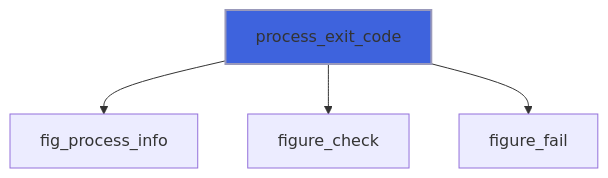
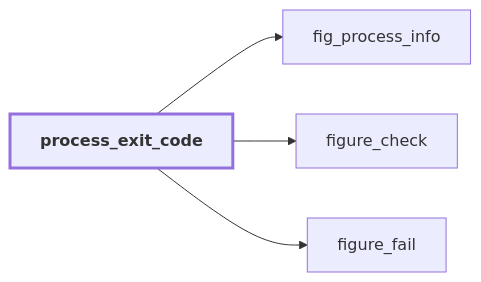
Diagram 13 of 16 in docs/api/src/lib/figure_process.md (szaghi/figure), drawn with Mermaid before and after one commit. The commit also changed other lines of this file and 54 other files, not shown here.

````diff
--- a/docs/api/src/lib/figure_process.md
+++ b/docs/api/src/lib/figure_process.md
@@ -512,7 +571,11 @@
 ```mermaid
-flowchart TD
+flowchart LR
   process_exit_code["process_exit_code"] --> fig_process_info["fig_process_info"]
   process_exit_code["process_exit_code"] --> figure_check["figure_check"]
   process_exit_code["process_exit_code"] --> figure_fail["figure_fail"]
-  style process_exit_code fill:#3e63dd,stroke:#99b,stroke-width:2px
+  classDef focus stroke-width:3px,font-weight:bold
+  class process_exit_code focus
+  click figure_fail href "figure_base.html#figure-fail" "figure_fail"
+  click figure_check href "figure_base.html#figure-check" "figure_check"
+  click fig_process_info href "figure_c_native.html#fig-process-info" "fig_process_info"
 ```
````
